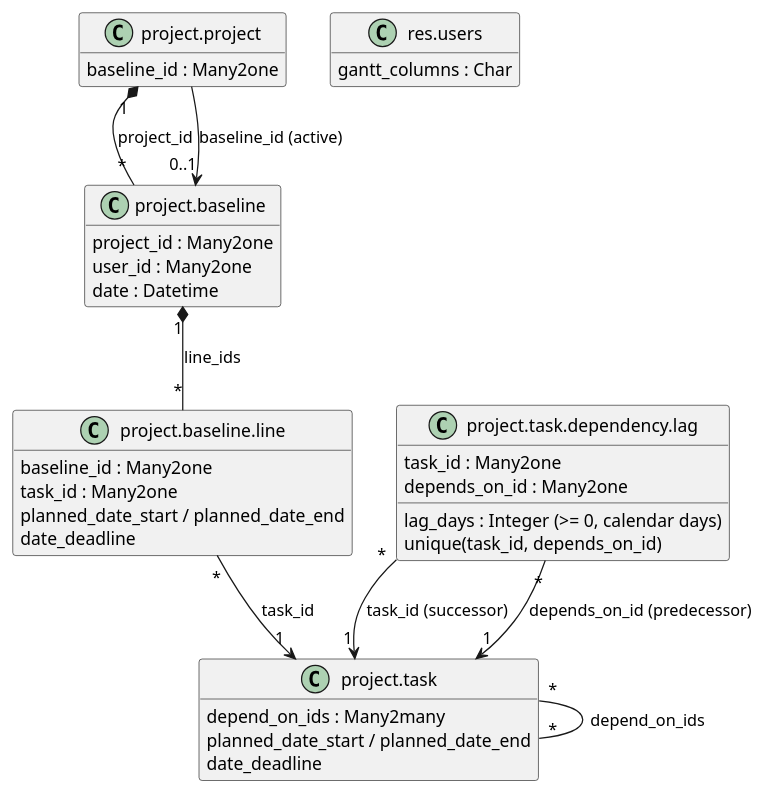
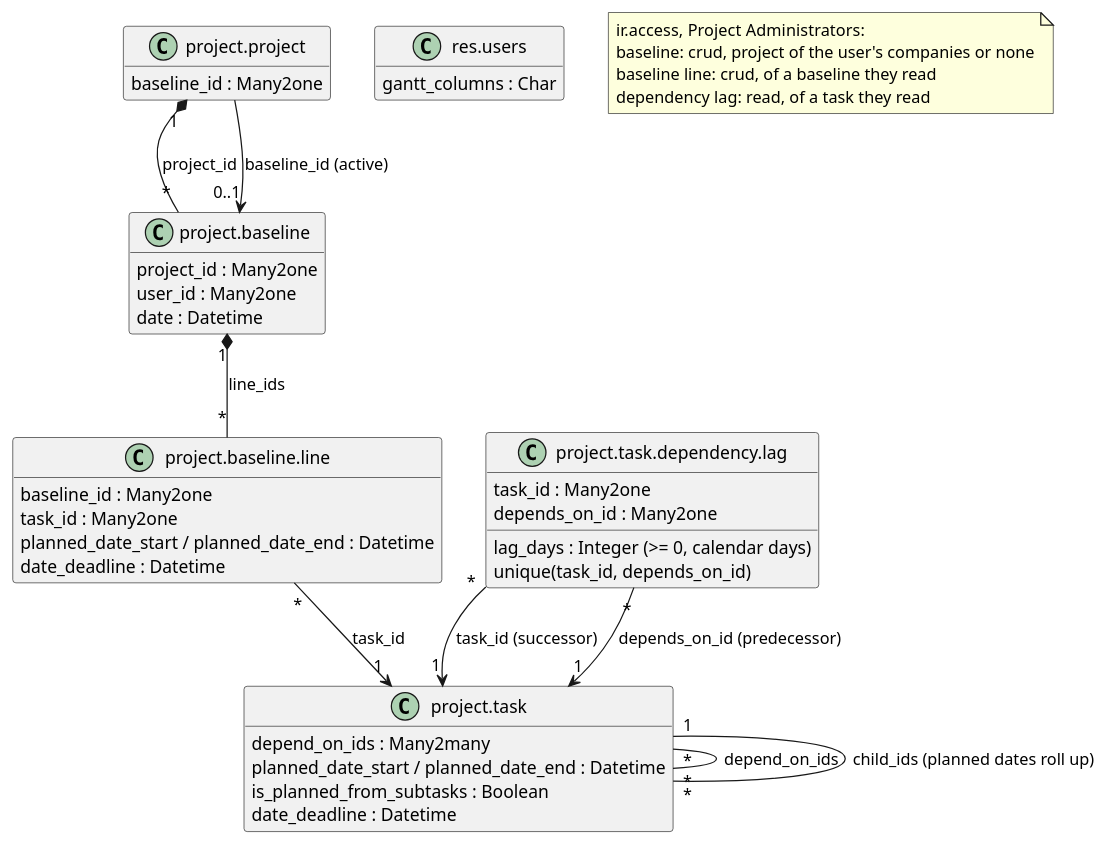
The diagram in project_team_dashboard/readme/gantt_data_model.puml (okolovmark/nixodoo-addons), drawn with PlantUML before and after one commit. The commit also changed 49 other files, not shown here.

```diff
--- a/project_team_dashboard/readme/gantt_data_model.puml
+++ b/project_team_dashboard/readme/gantt_data_model.puml
@@ -1,41 +1,50 @@
 @startuml gantt_data_model
 hide empty members
 skinparam classAttributeIconSize 0
 
 class "project.project" as Project {
   baseline_id : Many2one
 }
 class "project.task" as Task {
   depend_on_ids : Many2many
-  planned_date_start / planned_date_end
-  date_deadline
+  planned_date_start / planned_date_end : Datetime
+  is_planned_from_subtasks : Boolean
+  date_deadline : Datetime
 }
 class "project.task.dependency.lag" as Lag {
   task_id : Many2one
   depends_on_id : Many2one
   lag_days : Integer (>= 0, calendar days)
   unique(task_id, depends_on_id)
 }
 class "project.baseline" as Baseline {
   project_id : Many2one
   user_id : Many2one
   date : Datetime
 }
 class "project.baseline.line" as Line {
   baseline_id : Many2one
   task_id : Many2one
-  planned_date_start / planned_date_end
-  date_deadline
+  planned_date_start / planned_date_end : Datetime
+  date_deadline : Datetime
 }
 class "res.users" as User {
   gantt_columns : Char
 }
 
 Task "*" -- "*" Task : depend_on_ids
+Task "1" -- "*" Task : child_ids (planned dates roll up)
 Lag "*" --> "1" Task : task_id (successor)
 Lag "*" --> "1" Task : depends_on_id (predecessor)
 Project "1" *-- "*" Baseline : project_id
 Project --> "0..1" Baseline : baseline_id (active)
 Baseline "1" *-- "*" Line : line_ids
 Line "*" --> "1" Task : task_id
+
+note as Access
+  ir.access, Project Administrators:
+  baseline: crud, project of the user's companies or none
+  baseline line: crud, of a baseline they read
+  dependency lag: read, of a task they read
+end note
 @enduml
```
